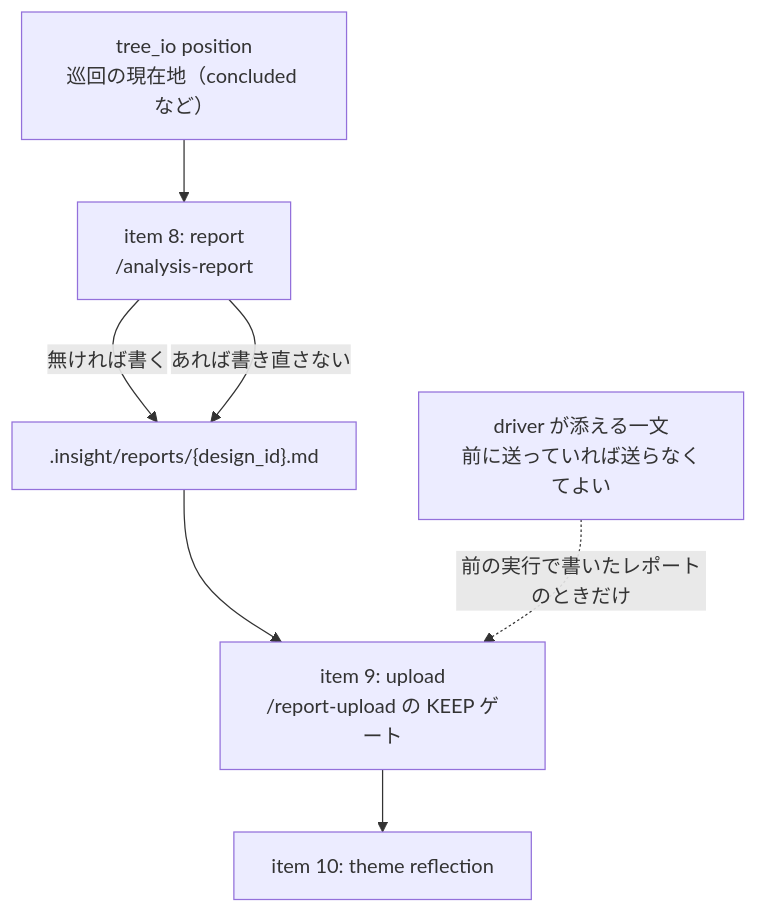
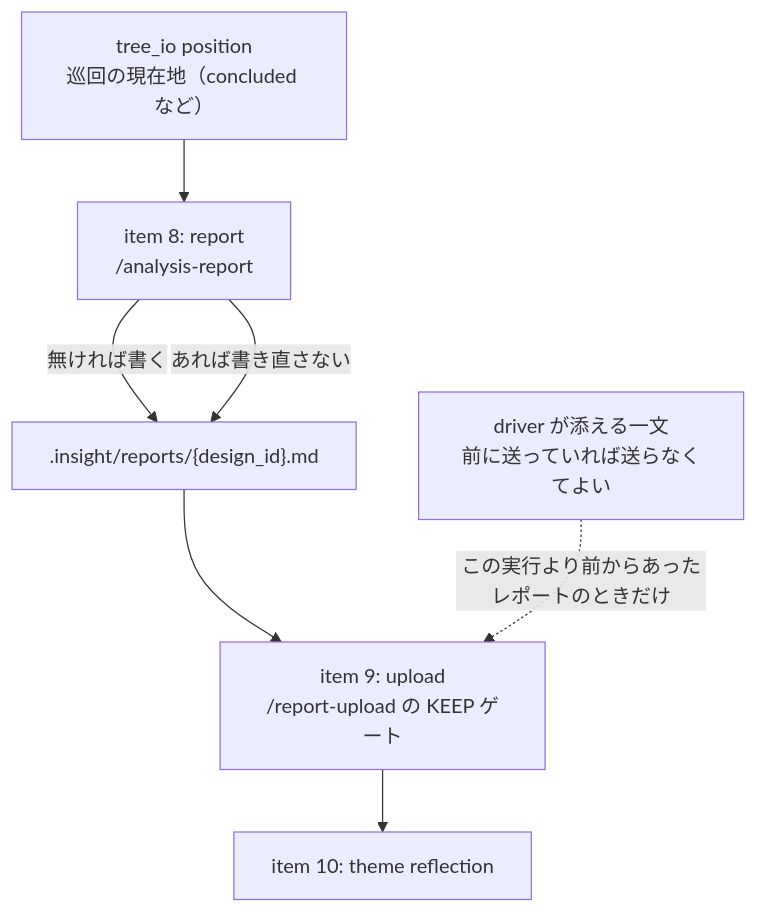
One commit to etoyama/insight-blueprint-skills changed the first of 3 diagrams in docs/design/epic-27-resume-upload.md. Above: the diagram before and after it, drawn with Mermaid. The commit also changed other lines of this file and 6 other files, not shown here.

````diff
--- a/docs/design/epic-27-resume-upload.md
+++ b/docs/design/epic-27-resume-upload.md
@@ -52,16 +54,16 @@
 ```mermaid
 flowchart TD
     pos["tree_io position<br/>巡回の現在地（concluded など）"]
     report["item 8: report<br/>/analysis-report"]
     file[".insight/reports/{design_id}.md"]
     upload["item 9: upload<br/>/report-upload の KEEP ゲート"]
     note["driver が添える一文<br/>前に送っていれば送らなくてよい"]
     theme["item 10: theme reflection"]
 
     pos --> report
     report -->|無ければ書く| file
     report -->|あれば書き直さない| file
     file --> upload
-    note -.->|前の実行で書いたレポートのときだけ| upload
+    note -.->|この実行より前からあったレポートのときだけ| upload
     upload --> theme
 ```
````
